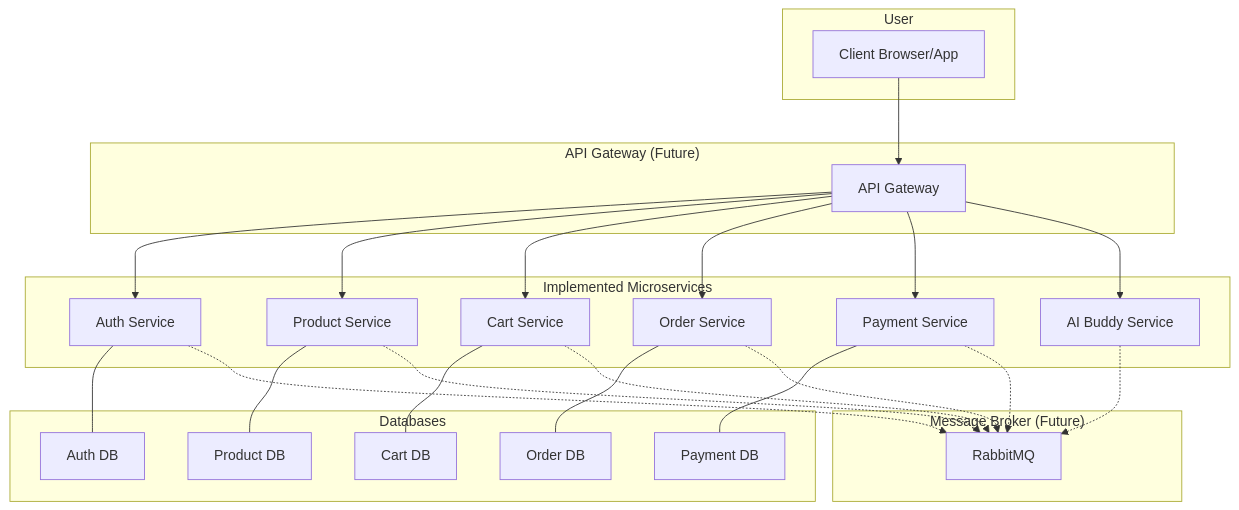
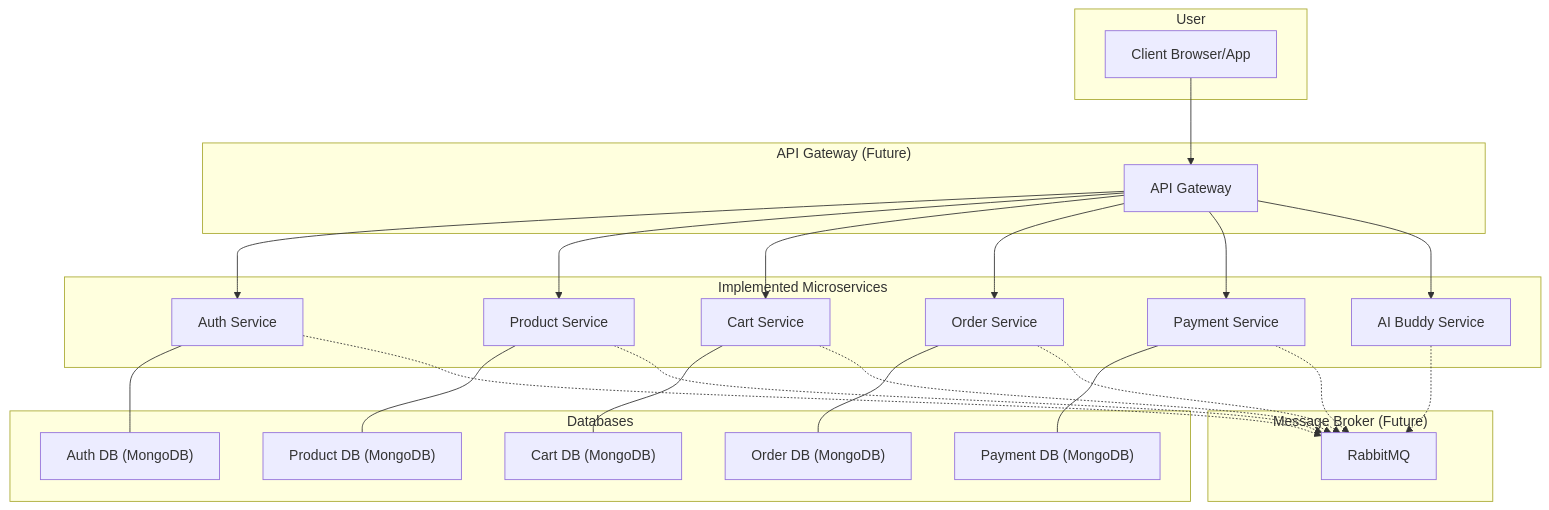
Before and after one commit to priyanshu-samal/microBazaar: the first of 8 diagrams in README.md, drawn with Mermaid.

Commit message:
aireadme

````diff
--- a/README.md
+++ b/README.md
@@ -30,53 +30,53 @@
 ```mermaid
 graph TD
     subgraph User
         A[Client Browser/App]
     end
 
     subgraph "API Gateway (Future)"
         B[API Gateway]
     end
 
     subgraph "Implemented Microservices"
         C[Auth Service]
         D[Product Service]
         E[Cart Service]
         F[Order Service]
         G[Payment Service]
         H[AI Buddy Service]
     end
 
     subgraph Databases
-        I[Auth DB]
-        J[Product DB]
-        K[Cart DB]
-        L[Order DB]
-        M[Payment DB]
+        I["Auth DB (MongoDB)"]
+        J["Product DB (MongoDB)"]
+        K["Cart DB (MongoDB)"]
+        L["Order DB (MongoDB)"]
+        M["Payment DB (MongoDB)"]
     end
 
     subgraph "Message Broker (Future)"
         N[RabbitMQ]
     end
 
     A --> B
 
     B --> C
     B --> D
     B --> E
     B --> F
     B --> G
     B --> H
 
     C --- I
     D --- J
     E --- K
     F --- L
     G --- M
 
     C -.-> N
     D -.-> N
     E -.-> N
     F -.-> N
     G -.-> N
     H -.-> N
 ```
````
